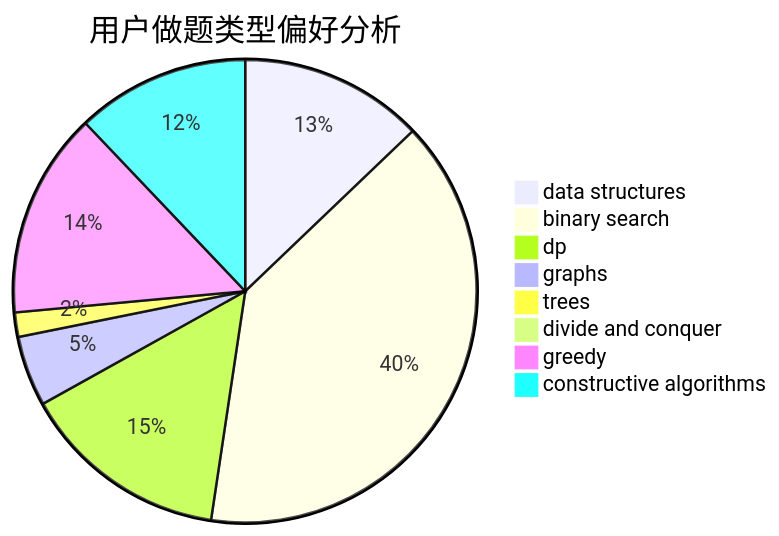
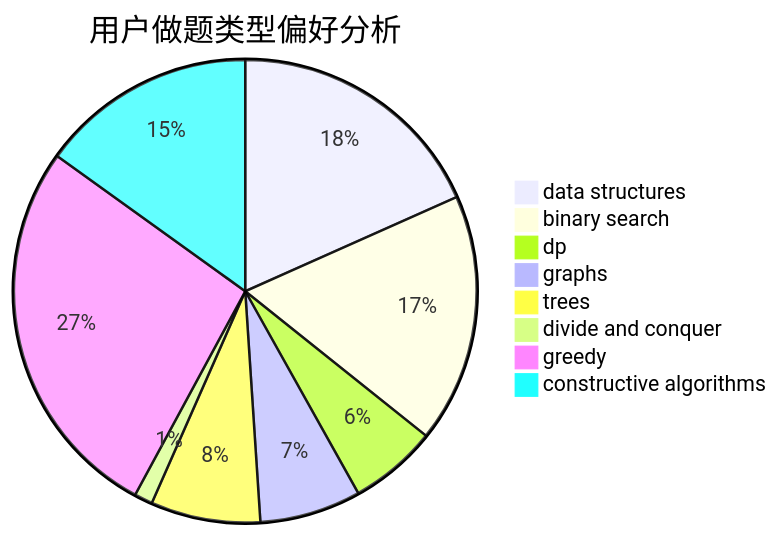
One commit to sherpahu/cfrs.github.io changed the second of 3 diagrams in docs/user/u1781.md. Above: the diagram before and after it, drawn with Mermaid. The commit also changed other lines of this file and 2770 other files, not shown here.

````diff
--- a/docs/user/u1781.md
+++ b/docs/user/u1781.md
@@ -23,11 +23,11 @@
 ```mermaid
 pie title 用户做题类型偏好分析
-    "data structures" :  68
-    "binary search" :  209
-    "dp" :  77
-    "graphs" :  26
-    "trees" :  9
-    "divide and conquer" :  0
-    "greedy" :  76
-    "constructive algorithms" :  64
+    "data structures" :  158
+    "binary search" :  150
+    "dp" :  53
+    "graphs" :  61
+    "trees" :  66
+    "divide and conquer" :  11
+    "greedy" :  233
+    "constructive algorithms" :  130
 ```
````
